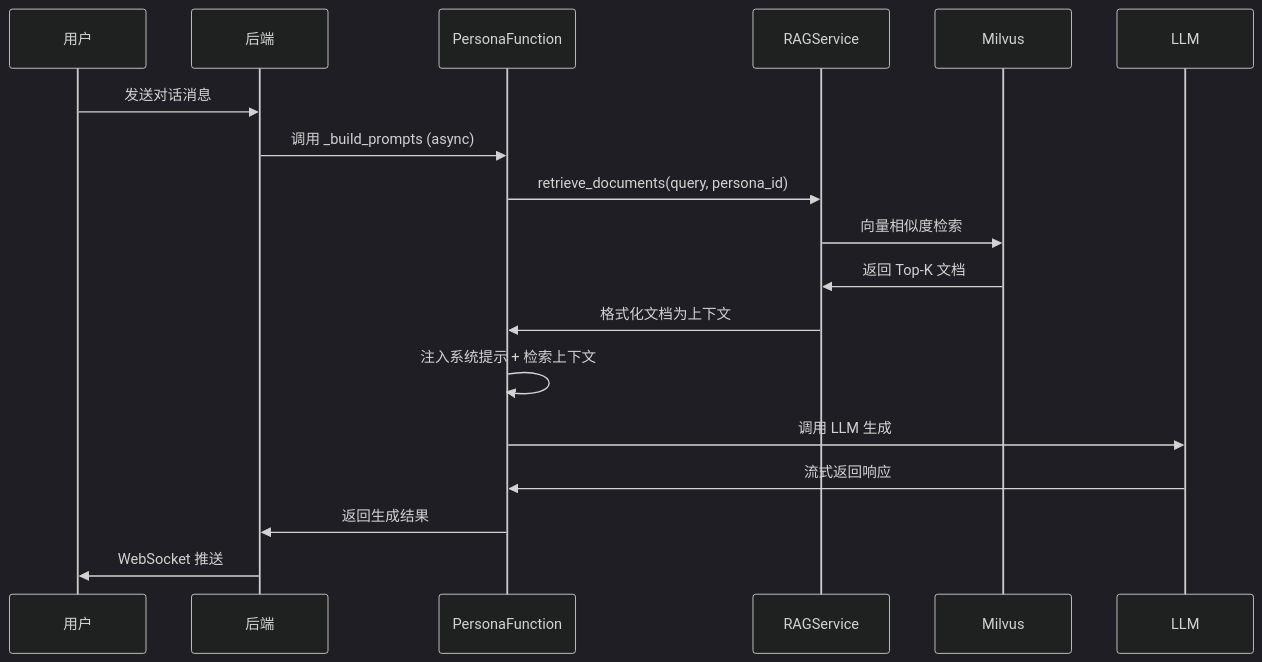
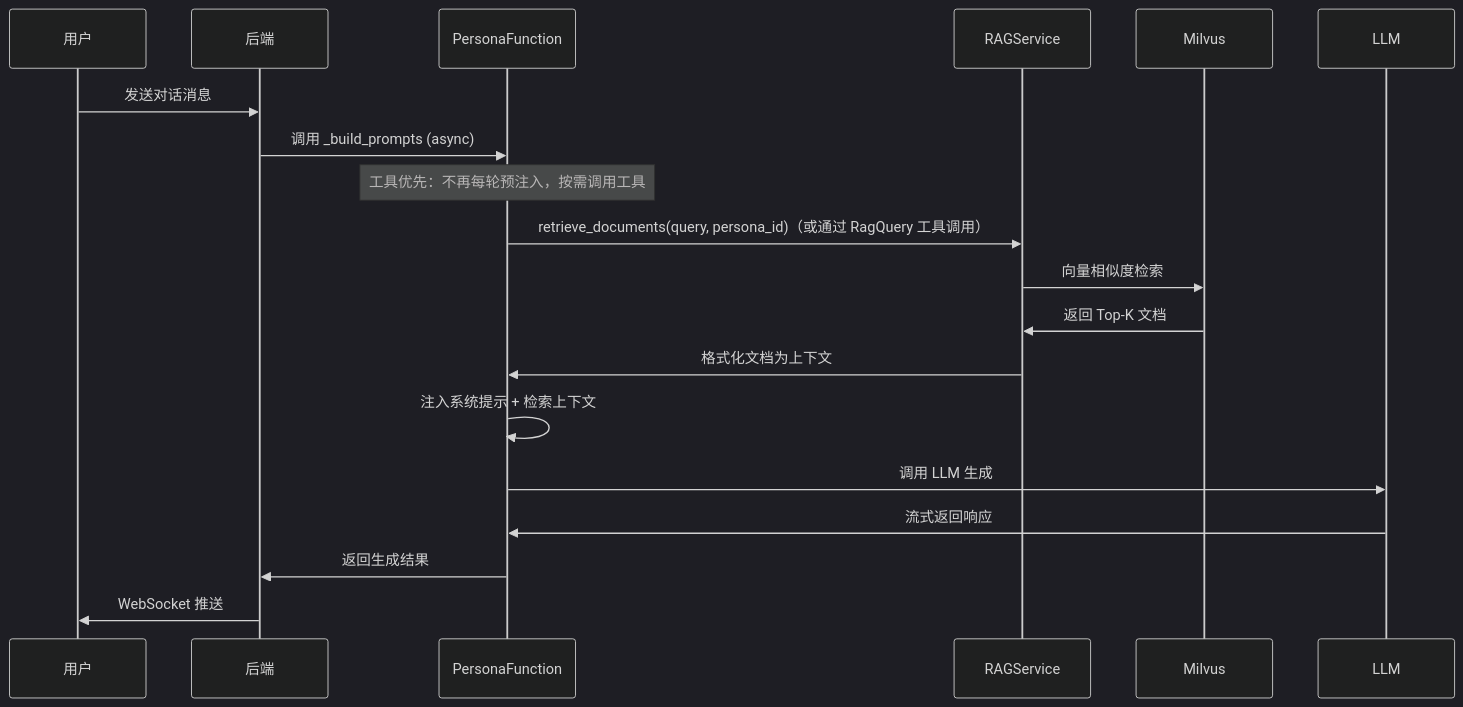
Before and after one commit to wzp-123777/Mul_in_ONE: diagram 11 of 15 in docs/architecture.md, drawn with Mermaid (dark theme). The commit also changed other lines of this file and 2 other files, not shown here.

Commit message:
feat: update documentation and code to support tool-first design with on-demand retrieval via RagQuery

````diff
--- a/docs/architecture.md
+++ b/docs/architecture.md
@@ -721,21 +725,22 @@
 ```mermaid
 sequenceDiagram
     participant U as 用户
     participant B as 后端
     participant P as PersonaFunction
     participant R as RAGService
     participant M as Milvus
     participant L as LLM
   
     U->>B: 发送对话消息
     B->>P: 调用 _build_prompts (async)
-    P->>R: retrieve_documents(query, persona_id)
+   Note over P: 工具优先：不再每轮预注入，按需调用工具
+   P->>R: retrieve_documents(query, persona_id)（或通过 RagQuery 工具调用）
     R->>M: 向量相似度检索
     M->>R: 返回 Top-K 文档
     R->>P: 格式化文档为上下文
     P->>P: 注入系统提示 + 检索上下文
     P->>L: 调用 LLM 生成
     L->>P: 流式返回响应
     P->>B: 返回生成结果
     B->>U: WebSocket 推送
 ```
````
